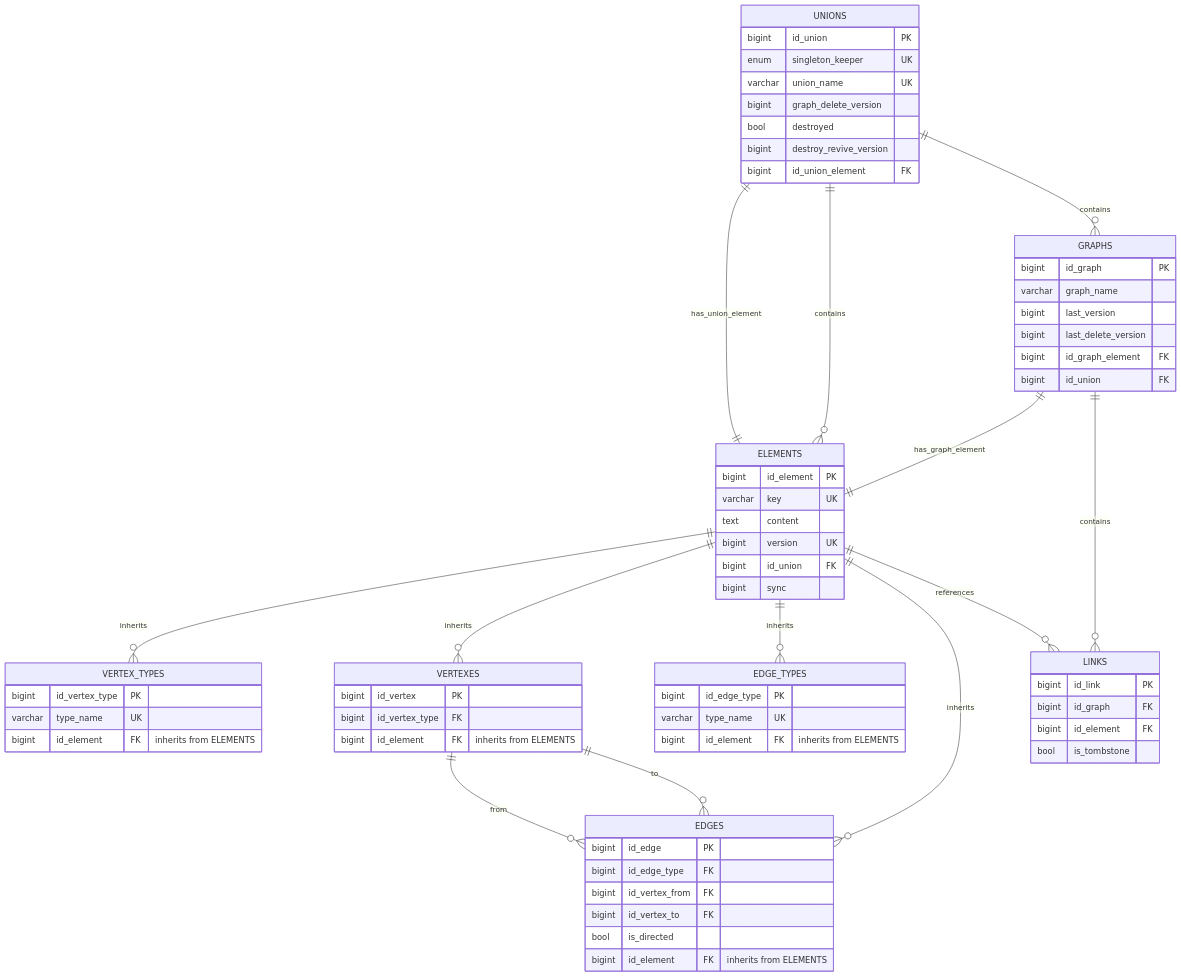
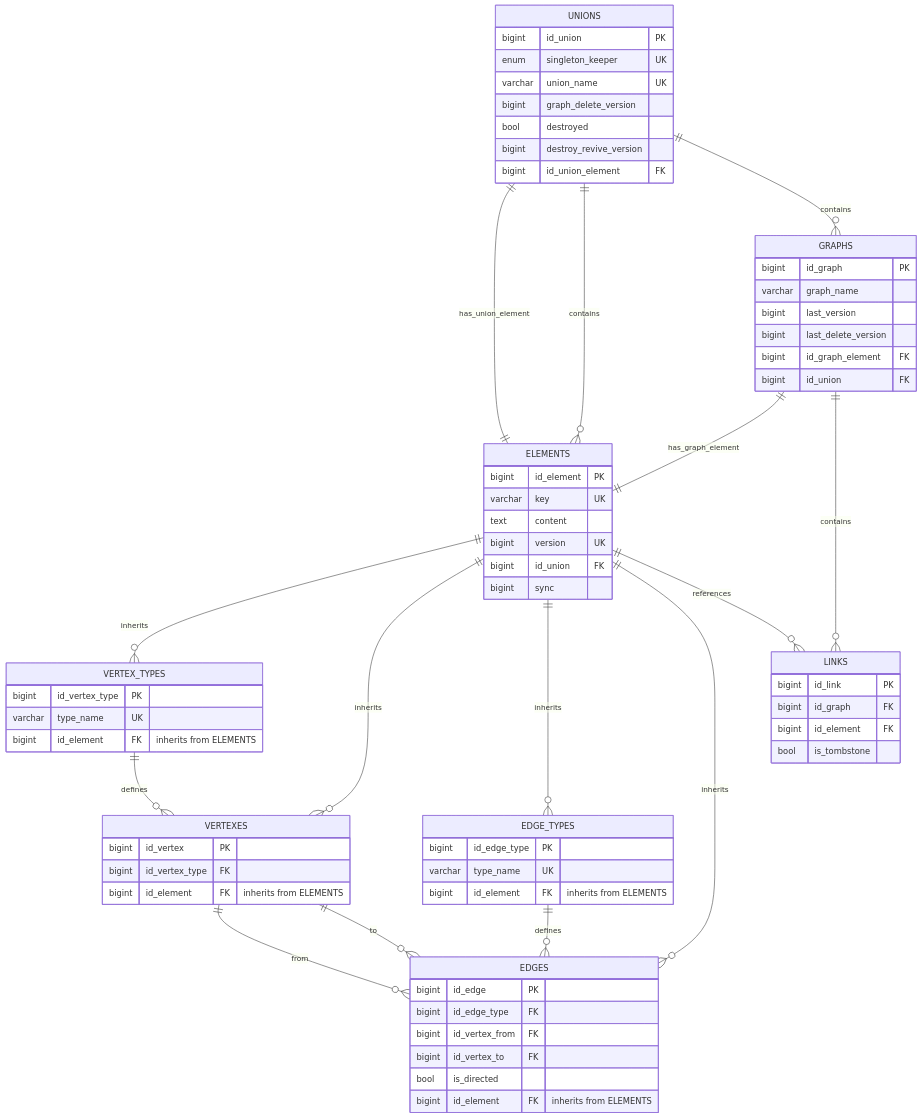
Before and after one commit to flower-org/ViUn: the diagram in ViUn source DB (legacy).md, drawn with Mermaid.

Commit message:
ER diagram updated 3

````diff
--- a/ViUn source DB (legacy).md
+++ b/ViUn source DB (legacy).md
@@ -5,76 +5,78 @@
 ```mermaid
 erDiagram
     UNIONS ||--|| ELEMENTS : "has_union_element"
     UNIONS ||--o{ ELEMENTS : contains
     UNIONS ||--o{ GRAPHS : contains
     UNIONS {
         bigint id_union PK
         enum singleton_keeper UK
         varchar union_name UK
         bigint graph_delete_version
         bool destroyed
         bigint destroy_revive_version
         bigint id_union_element FK
     }
 
     ELEMENTS ||--o{ VERTEX_TYPES : "inherits"
     ELEMENTS ||--o{ VERTEXES : "inherits"
     ELEMENTS ||--o{ EDGE_TYPES : "inherits"
     ELEMENTS ||--o{ EDGES : "inherits"
     ELEMENTS ||--o{ LINKS : references
     ELEMENTS {
         bigint id_element PK
         varchar key UK
         text content
         bigint version UK
         bigint id_union FK
         bigint sync
     }
 
+    VERTEX_TYPES ||--o{ VERTEXES : "defines"
     VERTEX_TYPES {
         bigint id_vertex_type PK
         varchar type_name UK
         bigint id_element FK "inherits from ELEMENTS"
     }
 
     VERTEXES ||--o{ EDGES : "from"
     VERTEXES ||--o{ EDGES : "to"
     VERTEXES {
         bigint id_vertex PK
         bigint id_vertex_type FK
         bigint id_element FK "inherits from ELEMENTS"
     }
 
     EDGE_TYPES {
         bigint id_edge_type PK
         varchar type_name UK
         bigint id_element FK "inherits from ELEMENTS"
     }
 
+    EDGE_TYPES ||--o{ EDGES : "defines"
     EDGES {
         bigint id_edge PK
         bigint id_edge_type FK
         bigint id_vertex_from FK
         bigint id_vertex_to FK
         bool is_directed
         bigint id_element FK "inherits from ELEMENTS"
     }
 
     GRAPHS ||--|| ELEMENTS : "has_graph_element"
     GRAPHS ||--o{ LINKS : contains
     GRAPHS {
         bigint id_graph PK
         varchar graph_name
         bigint last_version
         bigint last_delete_version
         bigint id_graph_element FK
         bigint id_union FK
     }
 
     LINKS {
         bigint id_link PK
         bigint id_graph FK
         bigint id_element FK
         bool is_tombstone
     }
 ```
````
